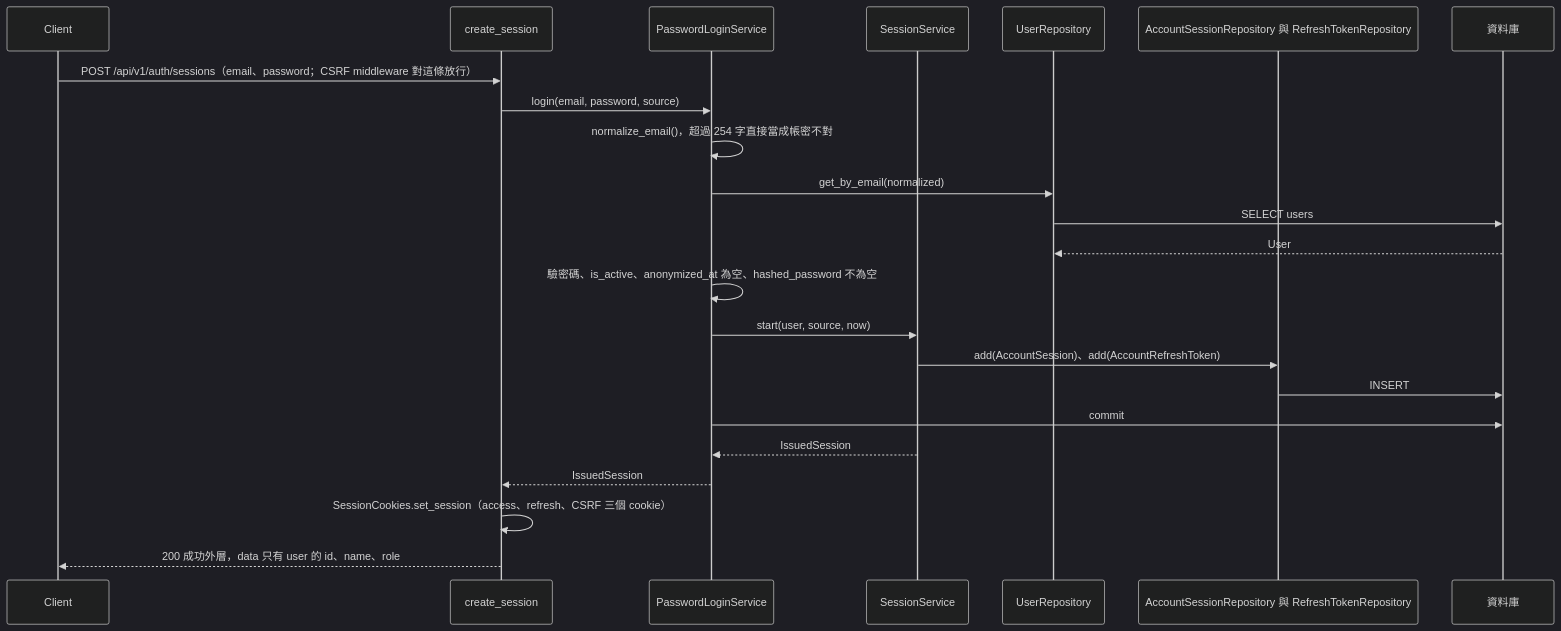
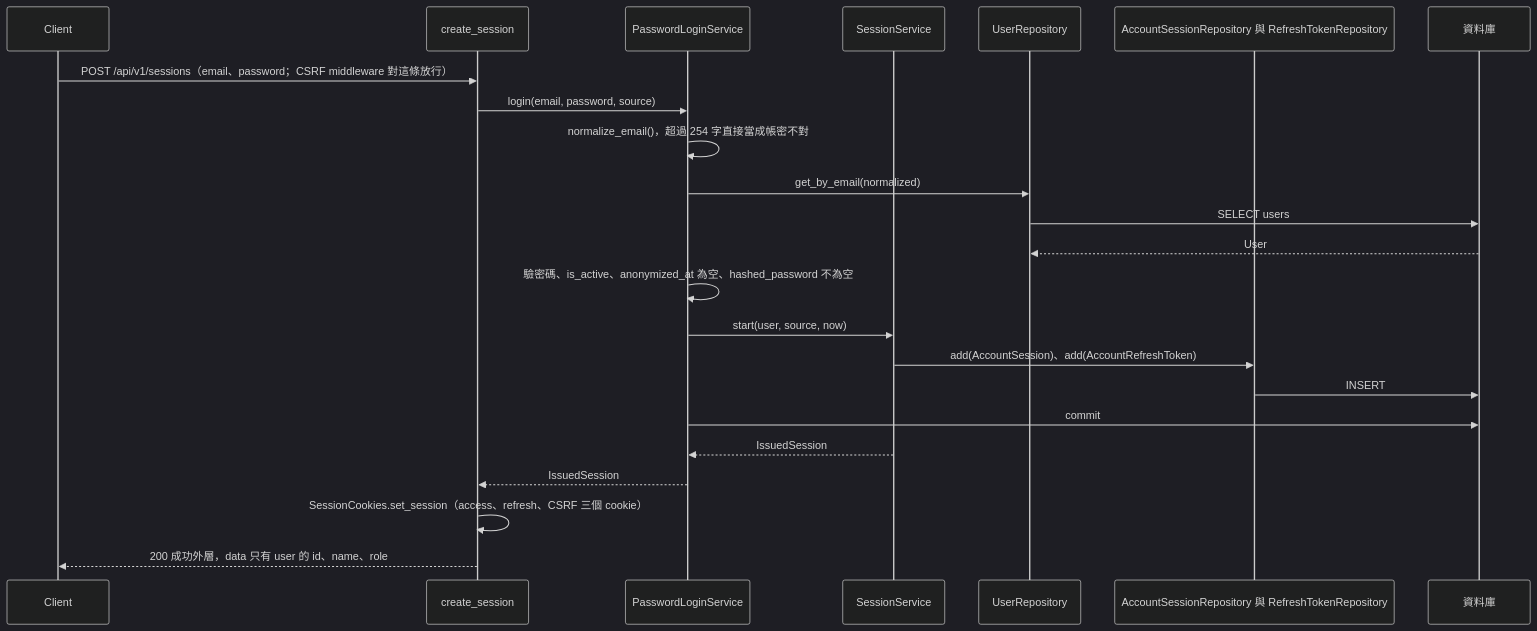
One commit to label-suite/label-suite changed the fifth of 6 diagrams in docs/diagrams/architecture/backend-modules.mdx. Above: the diagram before and after it, drawn with Mermaid (dark theme). The commit also changed other lines of this file and 4 other files, not shown here.

First line of the commit message:
docs: write the api contract for login and auth guard (#719)

````diff
--- a/docs/diagrams/architecture/backend-modules.mdx
+++ b/docs/diagrams/architecture/backend-modules.mdx
@@ -265,25 +265,25 @@
 ```mermaid
 sequenceDiagram
   participant C as Client
   participant R as create_session
   participant L as PasswordLoginService
   participant S as SessionService
   participant U as UserRepository
   participant Q as AccountSessionRepository 與 RefreshTokenRepository
   participant DB as 資料庫
-  C->>R: POST /api/v1/auth/sessions（email、password；CSRF middleware 對這條放行）
+  C->>R: POST /api/v1/sessions（email、password；CSRF middleware 對這條放行）
   R->>L: login(email, password, source)
   L->>L: normalize_email()，超過 254 字直接當成帳密不對
   L->>U: get_by_email(normalized)
   U->>DB: SELECT users
   DB-->>U: User
   L->>L: 驗密碼、is_active、anonymized_at 為空、hashed_password 不為空
   L->>S: start(user, source, now)
   S->>Q: add(AccountSession)、add(AccountRefreshToken)
   Q->>DB: INSERT
   L->>DB: commit
   S-->>L: IssuedSession
   L-->>R: IssuedSession
   R->>R: SessionCookies.set_session（access、refresh、CSRF 三個 cookie）
   R-->>C: 200 成功外層，data 只有 user 的 id、name、role
 ```
````
